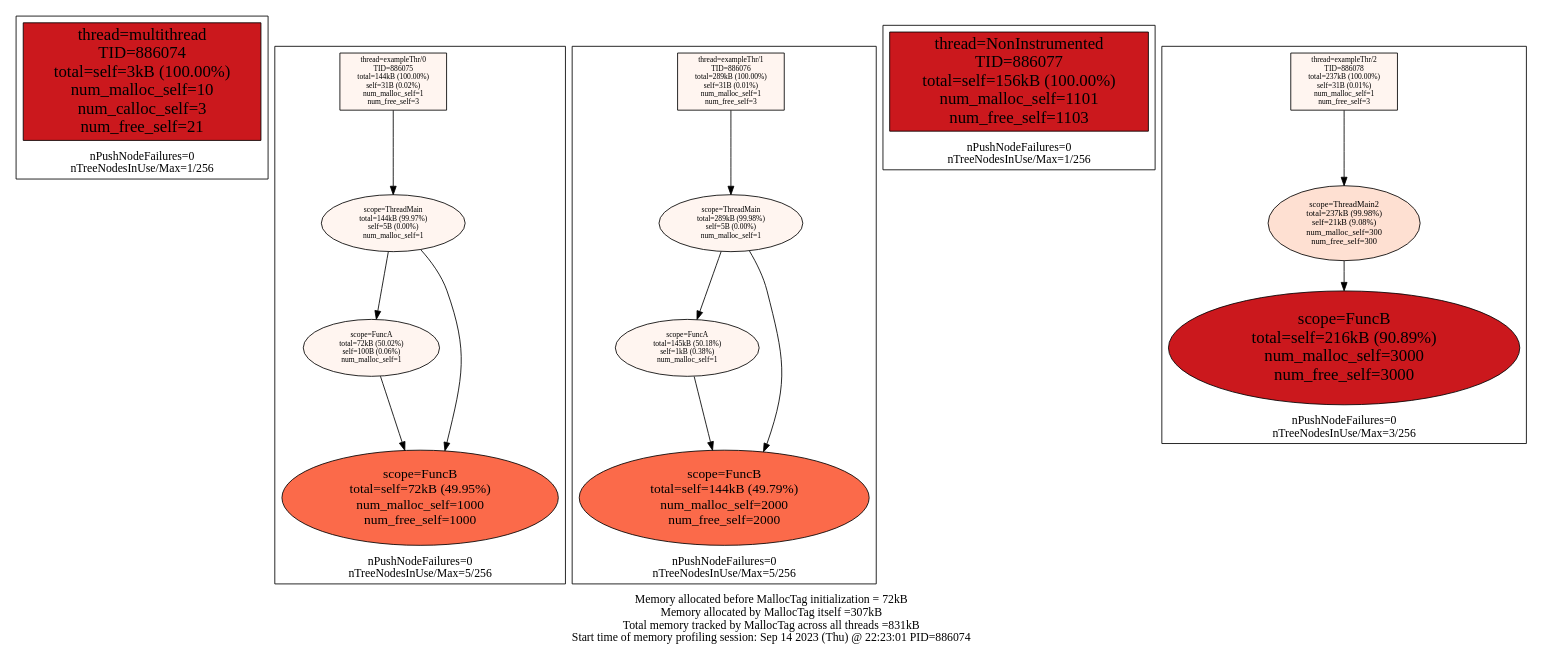
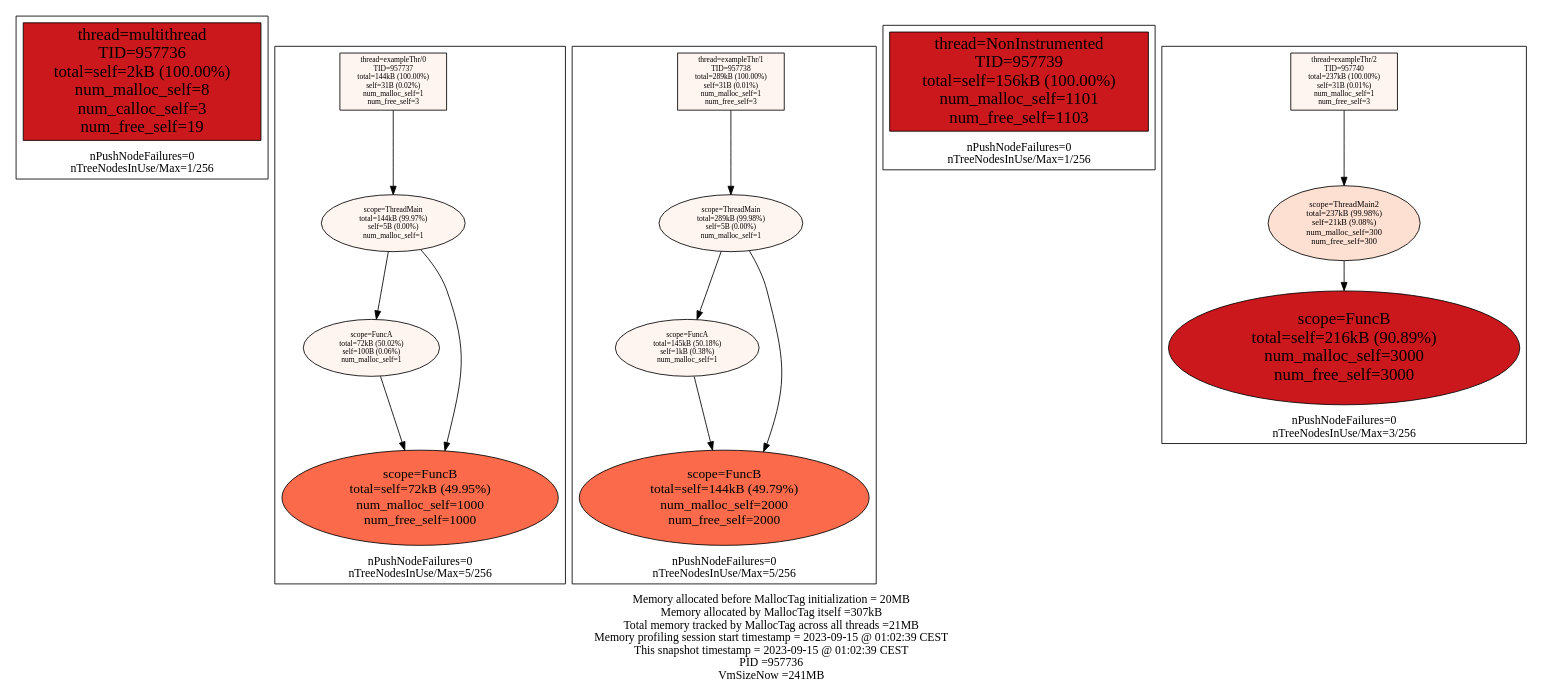
Before and after one commit to f18m/malloc-tag: the diagram in examples/multithread/multithread_stats.dot, drawn with Graphviz. The commit also changed 10 other files, not shown here.

Commit message:
Measure VmSize of the process at the time of the snapshot to see if it's roughly the same as monitored memory usage

```diff
--- a/examples/multithread/multithread_stats.dot
+++ b/examples/multithread/multithread_stats.dot
@@ -1,60 +1,60 @@
 digraph MallocTree {
  node [colorscheme=reds9 style=filled]
- subgraph cluster_TID886074 {
+ subgraph cluster_TID957736 {
   node [colorscheme=reds9 style=filled]
   labelloc="b"
   label="nPushNodeFailures=0\nnTreeNodesInUse/Max=1/256\n"
-  "886074_multithread" [label="thread=multithread\nTID=886074\ntotal=self=3kB (100.00%)\nnum_malloc_self=10\nnum_calloc_self=3\nnum_free_self=21" shape=box fillcolor=7 fontsize=20]
+  "957736_multithread" [label="thread=multithread\nTID=957736\ntotal=self=2kB (100.00%)\nnum_malloc_self=8\nnum_calloc_self=3\nnum_free_self=19" shape=box fillcolor=7 fontsize=20]
  }
 
- subgraph cluster_TID886075 {
+ subgraph cluster_TID957737 {
   node [colorscheme=reds9 style=filled]
   labelloc="b"
   label="nPushNodeFailures=0\nnTreeNodesInUse/Max=5/256\n"
-  "886075_exampleThr/0" [label="thread=exampleThr/0\nTID=886075\ntotal=144kB (100.00%)\nself=31B (0.02%)\nnum_malloc_self=1\nnum_free_self=3" shape=box fillcolor=1 fontsize=9]
-  "886075_exampleThr/0" -> "886075_ThreadMain"
-  "886075_ThreadMain" [label="scope=ThreadMain\ntotal=144kB (99.97%)\nself=5B (0.00%)\nnum_malloc_self=1" fillcolor=1 fontsize=9]
-  "886075_ThreadMain" -> "886075_FuncA"
-  "886075_ThreadMain" -> "886075_FuncB"
-  "886075_FuncA" [label="scope=FuncA\ntotal=72kB (50.02%)\nself=100B (0.06%)\nnum_malloc_self=1" fillcolor=1 fontsize=9]
-  "886075_FuncA" -> "886075_FuncB"
-  "886075_FuncB" [label="scope=FuncB\ntotal=self=72kB (49.95%)\nnum_malloc_self=1000\nnum_free_self=1000" fillcolor=5 fontsize=16]
-  "886075_FuncB" [label="scope=FuncB\ntotal=self=72kB (49.95%)\nnum_malloc_self=1000\nnum_free_self=1000" fillcolor=5 fontsize=16]
+  "957737_exampleThr/0" [label="thread=exampleThr/0\nTID=957737\ntotal=144kB (100.00%)\nself=31B (0.02%)\nnum_malloc_self=1\nnum_free_self=3" shape=box fillcolor=1 fontsize=9]
+  "957737_exampleThr/0" -> "957737_ThreadMain"
+  "957737_ThreadMain" [label="scope=ThreadMain\ntotal=144kB (99.97%)\nself=5B (0.00%)\nnum_malloc_self=1" fillcolor=1 fontsize=9]
+  "957737_ThreadMain" -> "957737_FuncA"
+  "957737_ThreadMain" -> "957737_FuncB"
+  "957737_FuncA" [label="scope=FuncA\ntotal=72kB (50.02%)\nself=100B (0.06%)\nnum_malloc_self=1" fillcolor=1 fontsize=9]
+  "957737_FuncA" -> "957737_FuncB"
+  "957737_FuncB" [label="scope=FuncB\ntotal=self=72kB (49.95%)\nnum_malloc_self=1000\nnum_free_self=1000" fillcolor=5 fontsize=16]
+  "957737_FuncB" [label="scope=FuncB\ntotal=self=72kB (49.95%)\nnum_malloc_self=1000\nnum_free_self=1000" fillcolor=5 fontsize=16]
  }
 
- subgraph cluster_TID886076 {
+ subgraph cluster_TID957738 {
   node [colorscheme=reds9 style=filled]
   labelloc="b"
   label="nPushNodeFailures=0\nnTreeNodesInUse/Max=5/256\n"
-  "886076_exampleThr/1" [label="thread=exampleThr/1\nTID=886076\ntotal=289kB (100.00%)\nself=31B (0.01%)\nnum_malloc_self=1\nnum_free_self=3" shape=box fillcolor=1 fontsize=9]
-  "886076_exampleThr/1" -> "886076_ThreadMain"
-  "886076_ThreadMain" [label="scope=ThreadMain\ntotal=289kB (99.98%)\nself=5B (0.00%)\nnum_malloc_self=1" fillcolor=1 fontsize=9]
-  "886076_ThreadMain" -> "886076_FuncA"
-  "886076_ThreadMain" -> "886076_FuncB"
-  "886076_FuncA" [label="scope=FuncA\ntotal=145kB (50.18%)\nself=1kB (0.38%)\nnum_malloc_self=1" fillcolor=1 fontsize=9]
-  "886076_FuncA" -> "886076_FuncB"
-  "886076_FuncB" [label="scope=FuncB\ntotal=self=144kB (49.79%)\nnum_malloc_self=2000\nnum_free_self=2000" fillcolor=5 fontsize=16]
-  "886076_FuncB" [label="scope=FuncB\ntotal=self=144kB (49.79%)\nnum_malloc_self=2000\nnum_free_self=2000" fillcolor=5 fontsize=16]
+  "957738_exampleThr/1" [label="thread=exampleThr/1\nTID=957738\ntotal=289kB (100.00%)\nself=31B (0.01%)\nnum_malloc_self=1\nnum_free_self=3" shape=box fillcolor=1 fontsize=9]
+  "957738_exampleThr/1" -> "957738_ThreadMain"
+  "957738_ThreadMain" [label="scope=ThreadMain\ntotal=289kB (99.98%)\nself=5B (0.00%)\nnum_malloc_self=1" fillcolor=1 fontsize=9]
+  "957738_ThreadMain" -> "957738_FuncA"
+  "957738_ThreadMain" -> "957738_FuncB"
+  "957738_FuncA" [label="scope=FuncA\ntotal=145kB (50.18%)\nself=1kB (0.38%)\nnum_malloc_self=1" fillcolor=1 fontsize=9]
+  "957738_FuncA" -> "957738_FuncB"
+  "957738_FuncB" [label="scope=FuncB\ntotal=self=144kB (49.79%)\nnum_malloc_self=2000\nnum_free_self=2000" fillcolor=5 fontsize=16]
+  "957738_FuncB" [label="scope=FuncB\ntotal=self=144kB (49.79%)\nnum_malloc_self=2000\nnum_free_self=2000" fillcolor=5 fontsize=16]
  }
 
- subgraph cluster_TID886077 {
+ subgraph cluster_TID957739 {
   node [colorscheme=reds9 style=filled]
   labelloc="b"
   label="nPushNodeFailures=0\nnTreeNodesInUse/Max=1/256\n"
-  "886077_NonInstrumented" [label="thread=NonInstrumented\nTID=886077\ntotal=self=156kB (100.00%)\nnum_malloc_self=1101\nnum_free_self=1103" shape=box fillcolor=7 fontsize=20]
+  "957739_NonInstrumented" [label="thread=NonInstrumented\nTID=957739\ntotal=self=156kB (100.00%)\nnum_malloc_self=1101\nnum_free_self=1103" shape=box fillcolor=7 fontsize=20]
  }
 
- subgraph cluster_TID886078 {
+ subgraph cluster_TID957740 {
   node [colorscheme=reds9 style=filled]
   labelloc="b"
   label="nPushNodeFailures=0\nnTreeNodesInUse/Max=3/256\n"
-  "886078_exampleThr/2" [label="thread=exampleThr/2\nTID=886078\ntotal=237kB (100.00%)\nself=31B (0.01%)\nnum_malloc_self=1\nnum_free_self=3" shape=box fillcolor=1 fontsize=9]
-  "886078_exampleThr/2" -> "886078_ThreadMain2"
-  "886078_ThreadMain2" [label="scope=ThreadMain2\ntotal=237kB (99.98%)\nself=21kB (9.08%)\nnum_malloc_self=300\nnum_free_self=300" fillcolor=2 fontsize=10]
-  "886078_ThreadMain2" -> "886078_FuncB"
-  "886078_FuncB" [label="scope=FuncB\ntotal=self=216kB (90.89%)\nnum_malloc_self=3000\nnum_free_self=3000" fillcolor=7 fontsize=20]
+  "957740_exampleThr/2" [label="thread=exampleThr/2\nTID=957740\ntotal=237kB (100.00%)\nself=31B (0.01%)\nnum_malloc_self=1\nnum_free_self=3" shape=box fillcolor=1 fontsize=9]
+  "957740_exampleThr/2" -> "957740_ThreadMain2"
+  "957740_ThreadMain2" [label="scope=ThreadMain2\ntotal=237kB (99.98%)\nself=21kB (9.08%)\nnum_malloc_self=300\nnum_free_self=300" fillcolor=2 fontsize=10]
+  "957740_ThreadMain2" -> "957740_FuncB"
+  "957740_FuncB" [label="scope=FuncB\ntotal=self=216kB (90.89%)\nnum_malloc_self=3000\nnum_free_self=3000" fillcolor=7 fontsize=20]
  }
 
  labelloc="b"
- label="Memory allocated before MallocTag initialization = 72kB\nMemory allocated by MallocTag itself =307kB\nTotal memory tracked by MallocTag across all threads =831kB\nStart time of memory profiling session: Sep 14 2023 (Thu) @ 22:23:01 PID=886074\n"
+ label="Memory allocated before MallocTag initialization = 20MB\nMemory allocated by MallocTag itself =307kB\nTotal memory tracked by MallocTag across all threads =21MB\nMemory profiling session start timestamp = 2023-09-15 @ 01:02:39 CEST\nThis snapshot timestamp = 2023-09-15 @ 01:02:39 CEST\nPID =957736\nVmSizeNow =241MB\n"
 }
```
